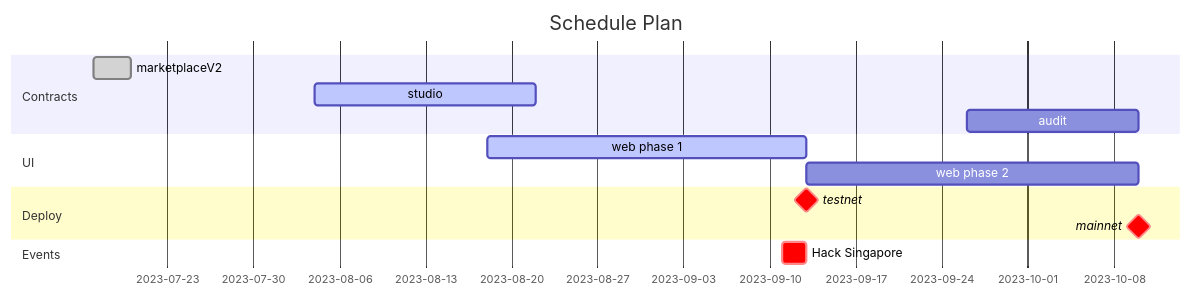
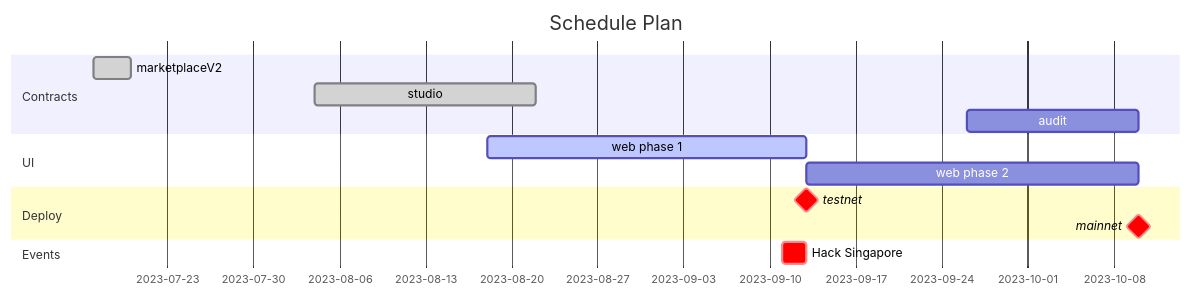
One commit to TowneSquare/TowneSpace-contract changed the second of 2 diagrams in README.md. Above: the diagram before and after it, drawn with Mermaid.

Commit message:
Updated timeline

````diff
--- a/README.md
+++ b/README.md
@@ -80,18 +80,18 @@
 ```mermaid
 gantt
     title Schedule Plan
     dateFormat  DD-MM-YYYY
     
     section Contracts
     marketplaceV2  :done, 17-07-2023, 3d
-    studio   :active, 04-08-2023  , 18d
+    studio   :done, 04-08-2023  , 18d
     audit   :26-09-2023 , 14d
     section UI 
     web  phase 1:active, 18-08-2023 , 26d
     web  phase 2:13-09-2023 , 27d
     section Deploy 
     testnet      : milestone, crit, 13-09-2023 ,
     mainnet      : milestone, crit, 10-10-2023 ,
     section Events
     Hack Singapore : crit, 11-09-2023, 2d
 ```
````
